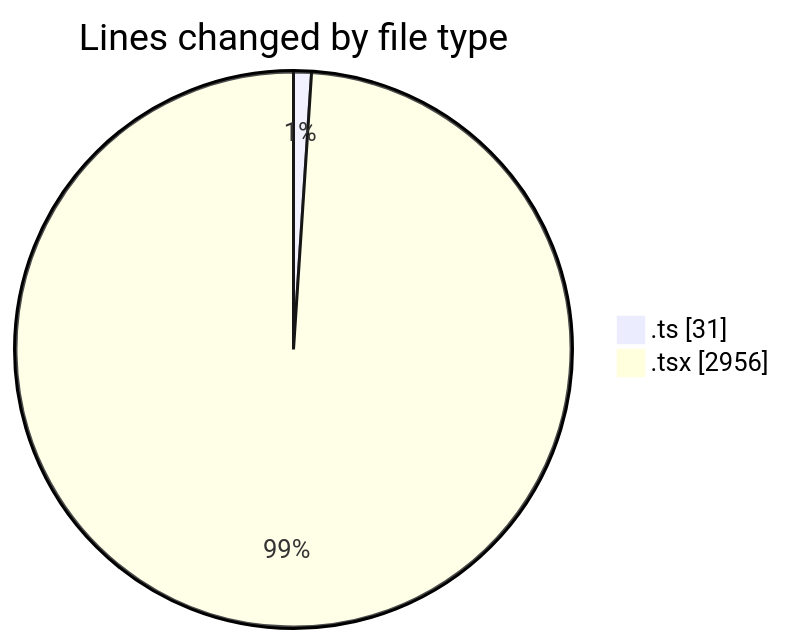
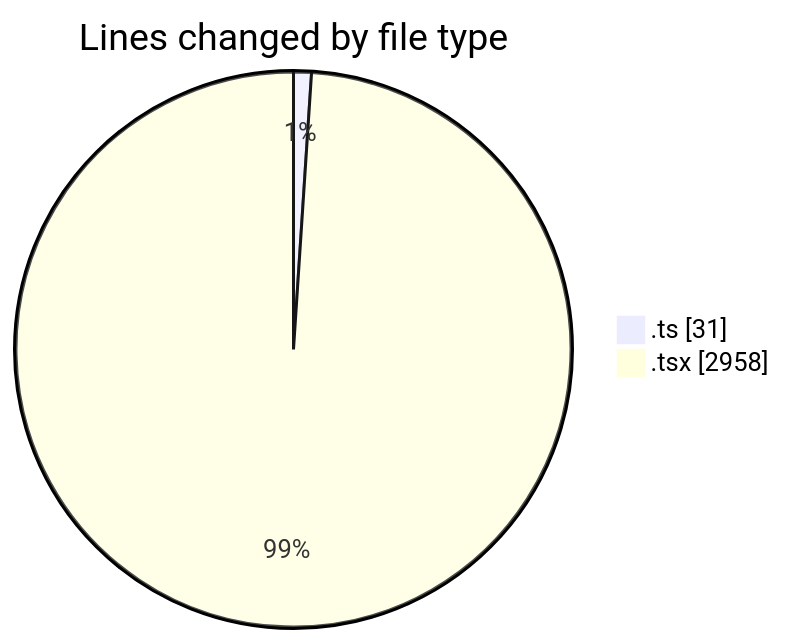
One commit to nxtqubesakshisongat/code-tracking changed the first of 2 diagrams in 2026-04-24/nxtqube_webapp/README.md. Above: the diagram before and after it, drawn with Mermaid. The commit also changed other lines of this file and 1 other file, not shown here.

````diff
--- a/2026-04-24/nxtqube_webapp/README.md
+++ b/2026-04-24/nxtqube_webapp/README.md
@@ -24,6 +24,6 @@
 ```mermaid
 pie showData
 title Lines changed by file type
 ".ts" : 31
-".tsx" : 2956
+".tsx" : 2958
 ```
````
